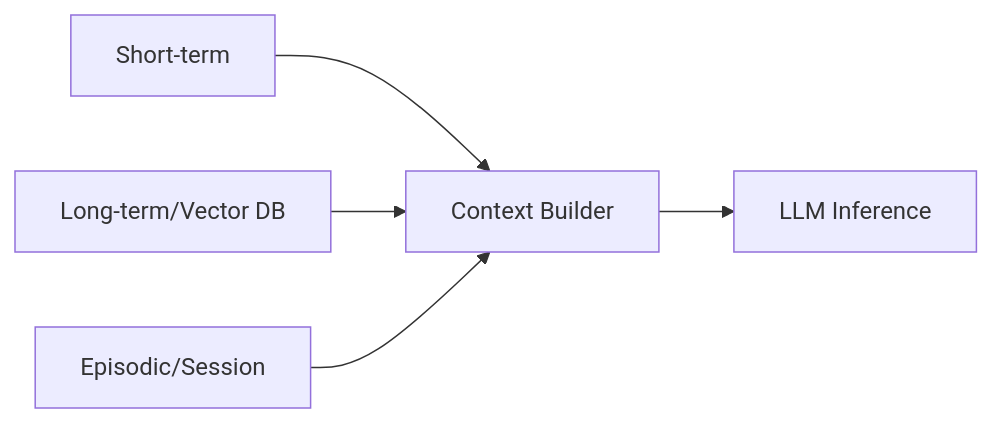
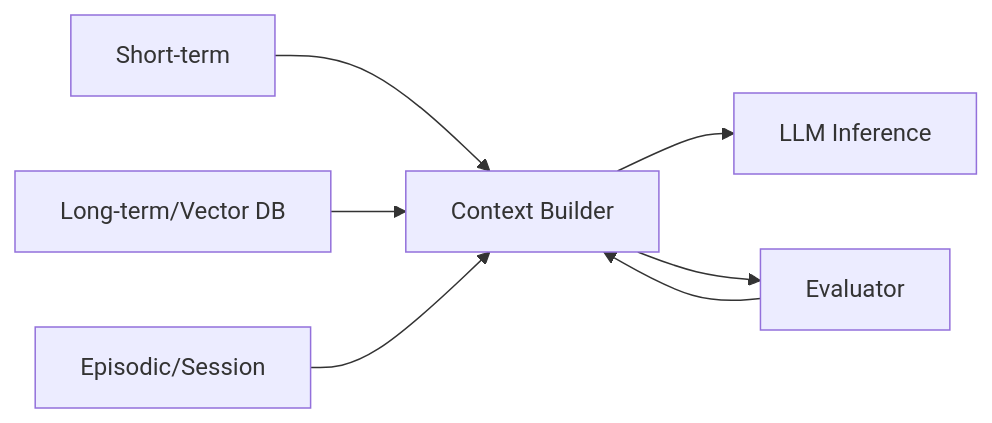
One commit to harimkang/ai-engineer-guide changed the diagram in docs/5-agentic-ai/5-2-메모리-and-컨텍스트-관리/memory-architecture.md. Above: the diagram before and after it, drawn with Mermaid. The commit also changed other lines of this file and 2 other files, not shown here.

````diff
--- a/docs/5-agentic-ai/5-2-메모리-and-컨텍스트-관리/memory-architecture.md
+++ b/docs/5-agentic-ai/5-2-메모리-and-컨텍스트-관리/memory-architecture.md
@@ -22,7 +32,9 @@
 ```mermaid
 flowchart LR
   ST[Short-term] --> C[Context Builder]
   LT[Long-term/Vector DB] --> C
   EP[Episodic/Session] --> C
   C --> LLM[LLM Inference]
+  C --> E[Evaluator]
+  E --> C
 ```
````
